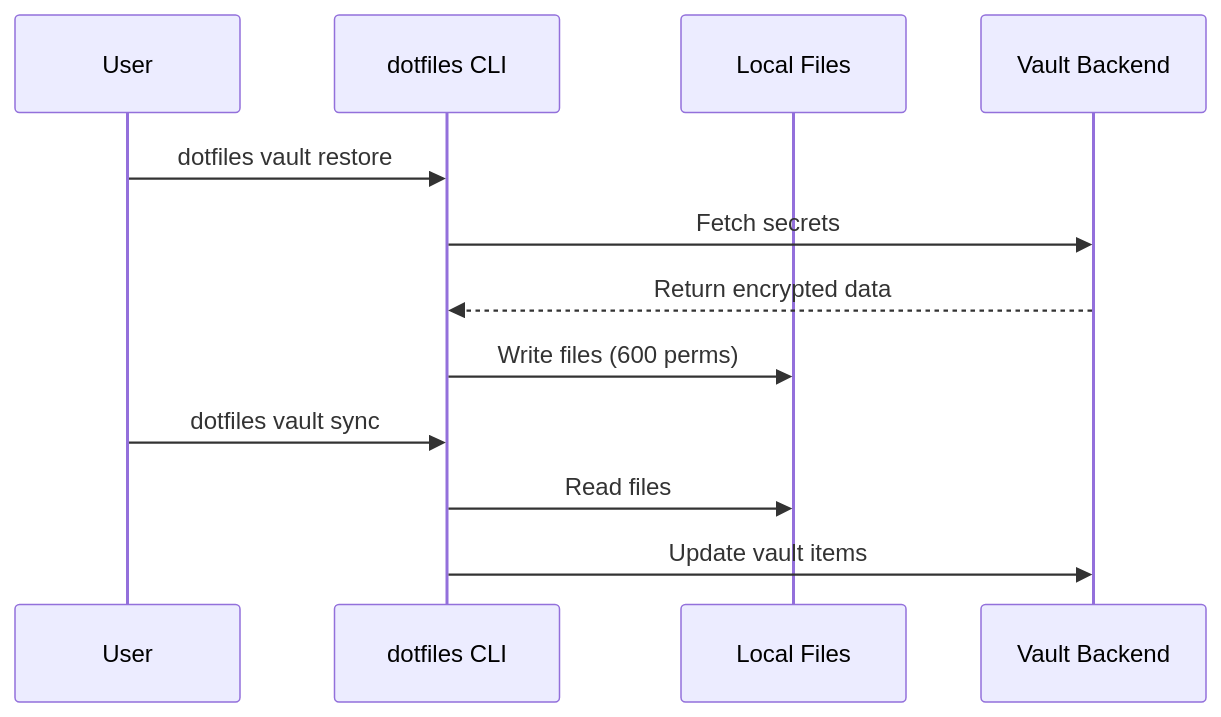
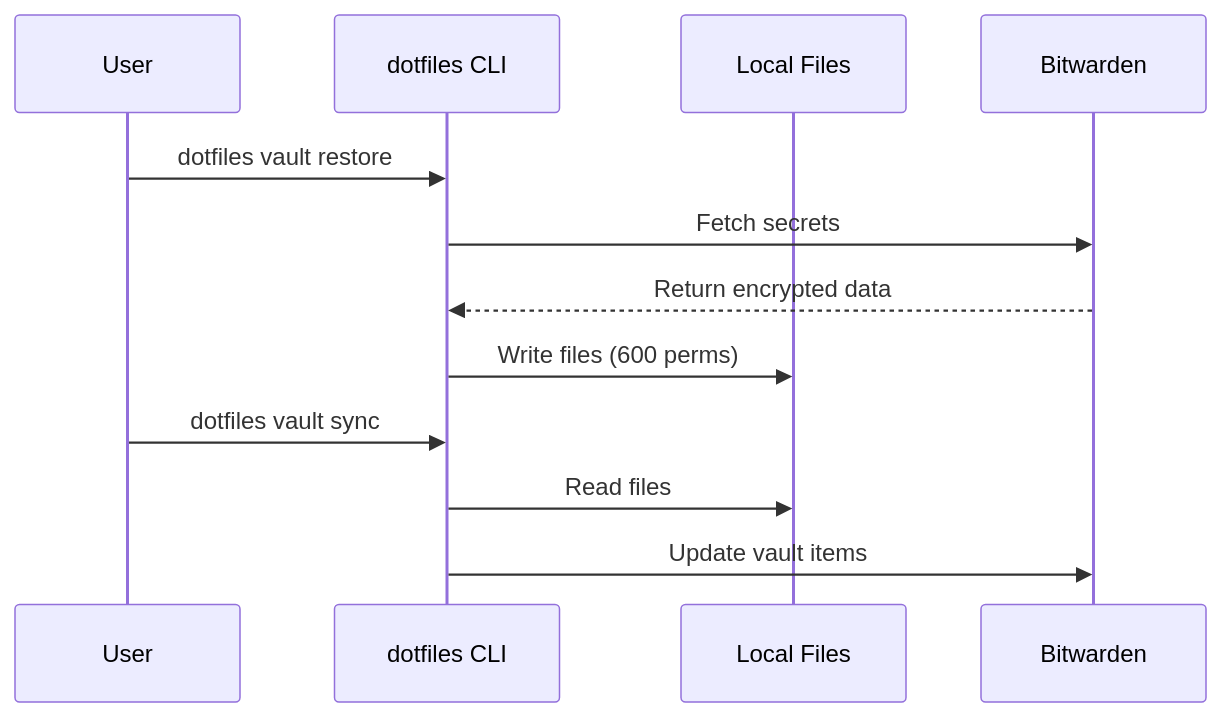
Before and after one commit to blackwell-systems/blackdot: the fifth of 8 diagrams in docs/architecture.md, drawn with Mermaid. The commit also changed other lines of this file and 17 other files, not shown here.

````diff
--- a/docs/architecture.md
+++ b/docs/architecture.md
@@ -172,16 +171,16 @@
 ```mermaid
 sequenceDiagram
     participant User
     participant CLI as dotfiles CLI
     participant Local as Local Files
-    participant Vault as Vault Backend
+    participant BW as Bitwarden
 
     User->>CLI: dotfiles vault restore
-    CLI->>Vault: Fetch secrets
-    Vault-->>CLI: Return encrypted data
+    CLI->>BW: Fetch secrets
+    BW-->>CLI: Return encrypted data
     CLI->>Local: Write files (600 perms)
 
     User->>CLI: dotfiles vault sync
     CLI->>Local: Read files
-    CLI->>Vault: Update vault items
+    CLI->>BW: Update vault items
 ```
````
